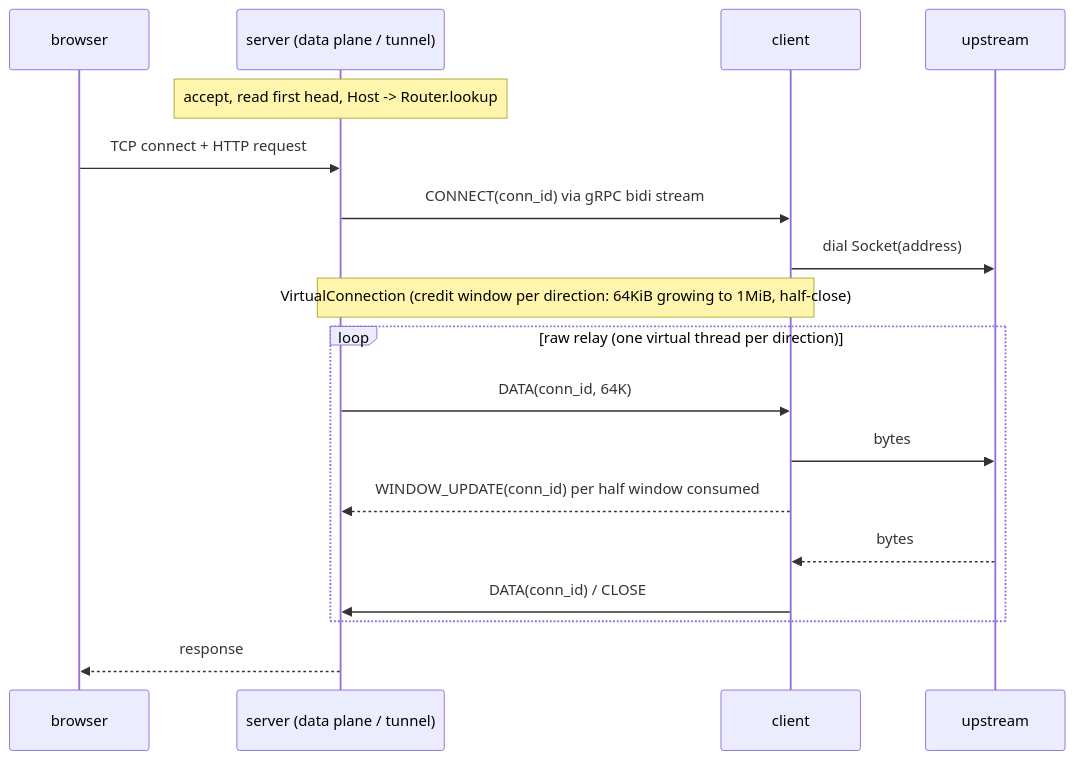
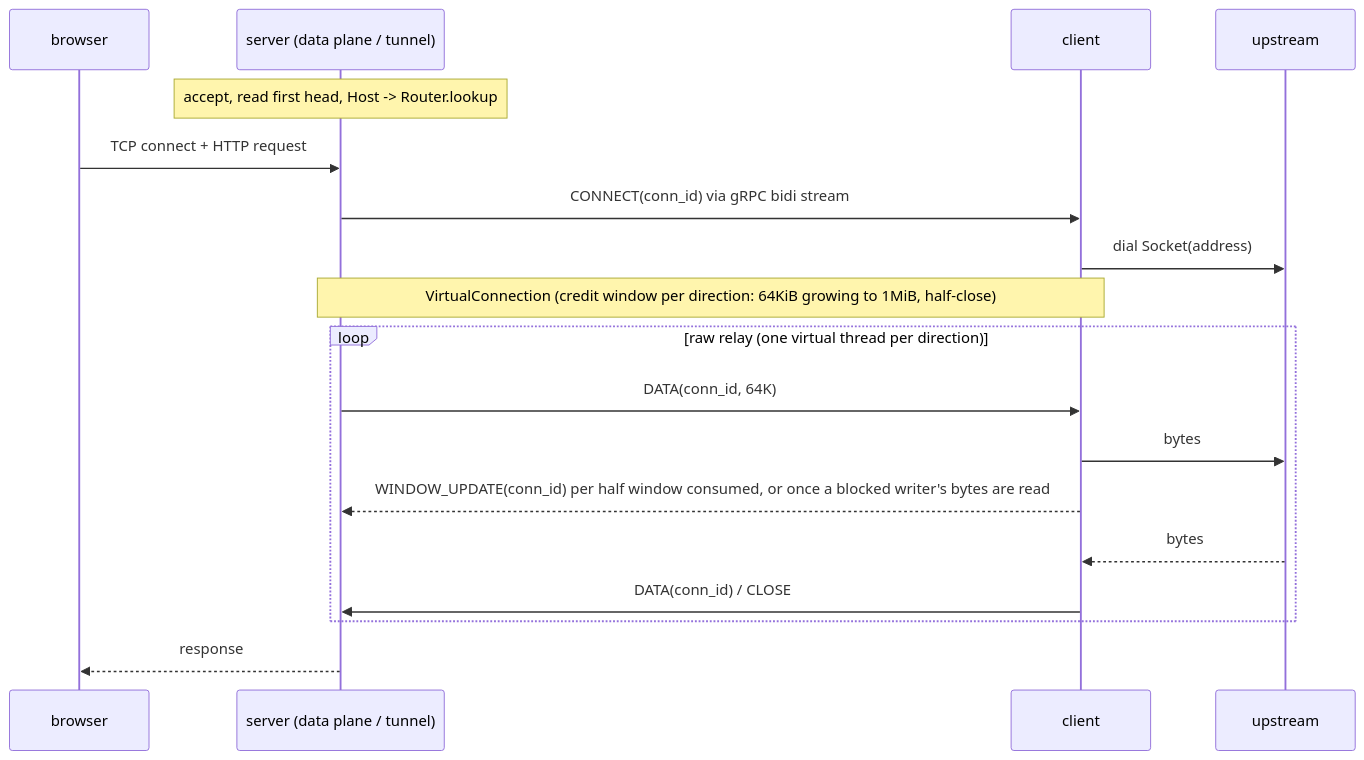
One commit to making/sluice changed the second of 3 diagrams in README.md. Above: the diagram before and after it, drawn with Mermaid. The commit also changed other lines of this file and 11 other files, not shown here.

````diff
--- a/README.md
+++ b/README.md
@@ -40,21 +40,21 @@
 ```mermaid
 sequenceDiagram
     participant B as browser
     participant S as server (data plane / tunnel)
     participant C as client
     participant U as upstream
 
     Note over S: accept, read first head, Host -> Router.lookup
     B ->> S: TCP connect + HTTP request
     S ->> C: CONNECT(conn_id) via gRPC bidi stream
     C ->> U: dial Socket(address)
     Note over S,C: VirtualConnection (credit window per direction: 64KiB growing to 1MiB, half-close)
     loop raw relay (one virtual thread per direction)
         S ->> C: DATA(conn_id, 64K)
         C ->> U: bytes
-        C -->> S: WINDOW_UPDATE(conn_id) per half window consumed
+        C -->> S: WINDOW_UPDATE(conn_id) per half window consumed, or once a blocked writer's bytes are read
         U -->> C: bytes
         C ->> S: DATA(conn_id) / CLOSE
     end
     S -->> B: response
 ```
````
